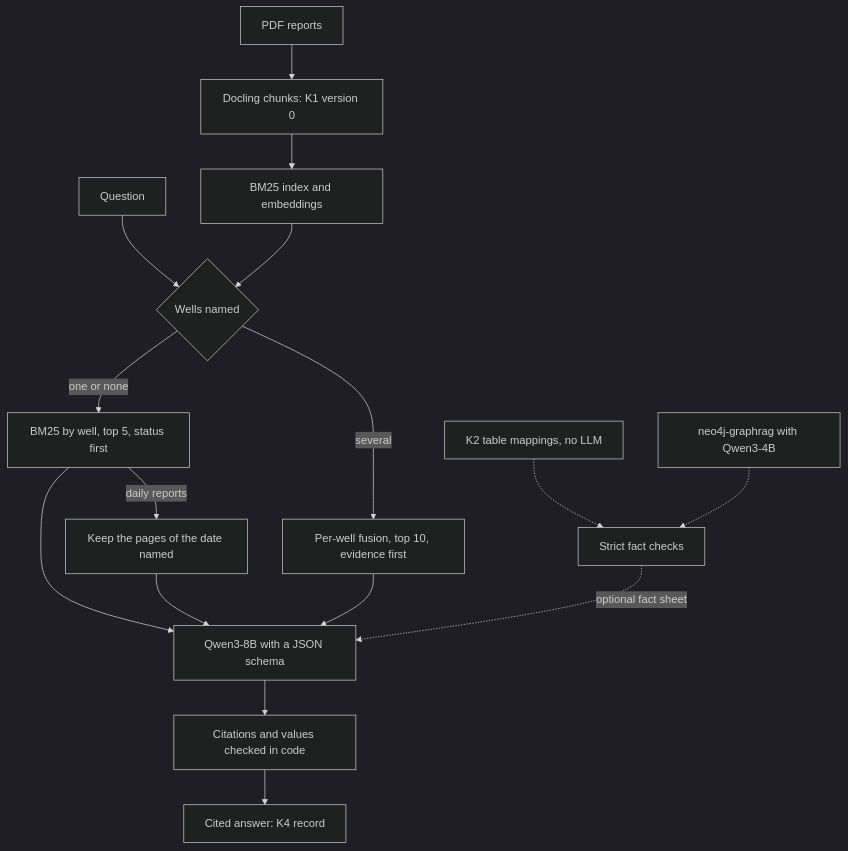
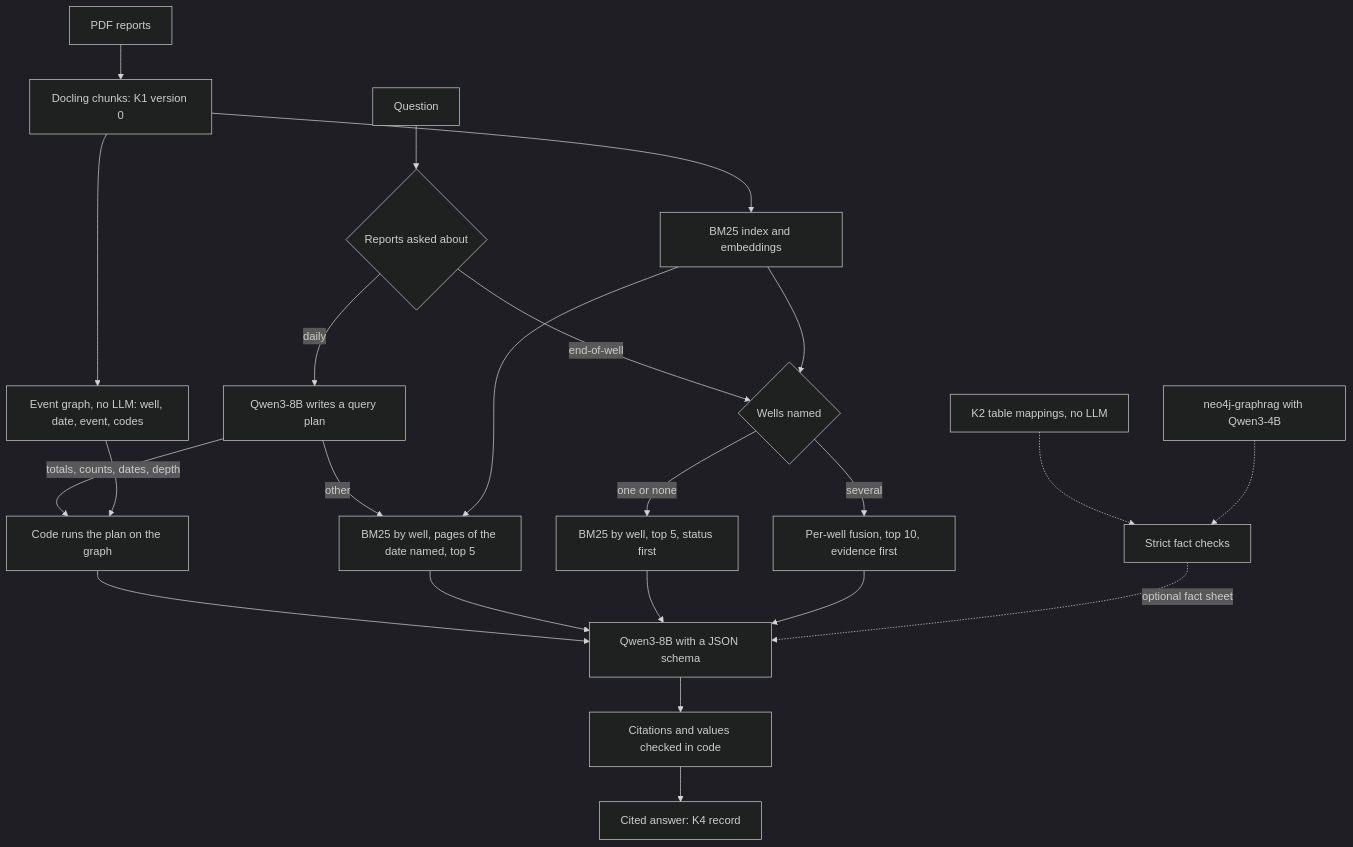
Before and after one commit to thaitri2005/Secure-O-G-LLM-and-Knowledge-Graph: the eighth of 8 diagrams in docs/PROJECT_DESIGN.md, drawn with Mermaid (dark theme). The commit also changed other lines of this file and 31 other files, not shown here.

First line of the commit message:
Track B: E28 event graph beats plain RAG on questions over time (B-D26, D-53)

````diff
--- a/docs/PROJECT_DESIGN.md
+++ b/docs/PROJECT_DESIGN.md
@@ -936,18 +936,25 @@
 ```mermaid
 flowchart TD
     PDF[PDF reports] --> K1[Docling chunks: K1 version 0]
     K1 --> IDX[BM25 index and embeddings]
-    Q[Question] --> ROUTE{Wells named}
+    K1 --> EV[Event graph, no LLM: well, date, event, codes]
+    Q[Question] --> KIND{Reports asked about}
+    KIND -- "end-of-well" --> ROUTE{Wells named}
+    KIND -- "daily" --> PLAN[Qwen3-8B writes a query plan]
+    PLAN -- "totals, counts, dates, depth" --> RUN[Code runs the plan on the graph]
+    EV --> RUN
+    PLAN -- "other" --> DATE[BM25 by well, pages of the date named, top 5]
     IDX --> ROUTE
+    IDX --> DATE
     ROUTE -- "one or none" --> ONE[BM25 by well, top 5, status first]
     ROUTE -- "several" --> MANY[Per-well fusion, top 10, evidence first]
-    ONE -- "daily reports" --> DATE[Keep the pages of the date named]
-    ONE --> LLM[Qwen3-8B with a JSON schema]
+    RUN --> LLM[Qwen3-8B with a JSON schema]
     DATE --> LLM
+    ONE --> LLM
     MANY --> LLM
     LLM --> CHECK[Citations and values checked in code]
     CHECK --> K4[Cited answer: K4 record]
     MAP[K2 table mappings, no LLM] -.-> VAL[Strict fact checks]
     EXT[neo4j-graphrag with Qwen3-4B] -.-> VAL
     VAL -.->|optional fact sheet| LLM
 ```
````
